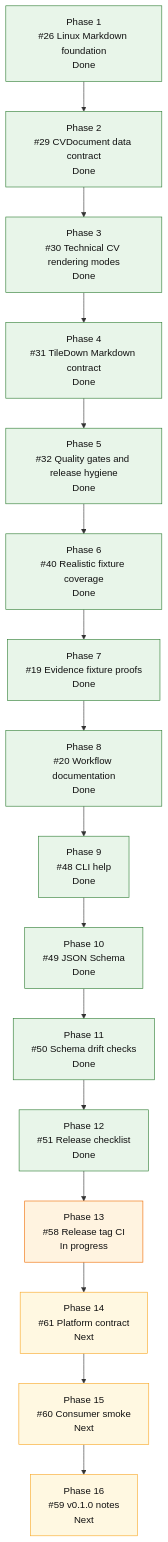
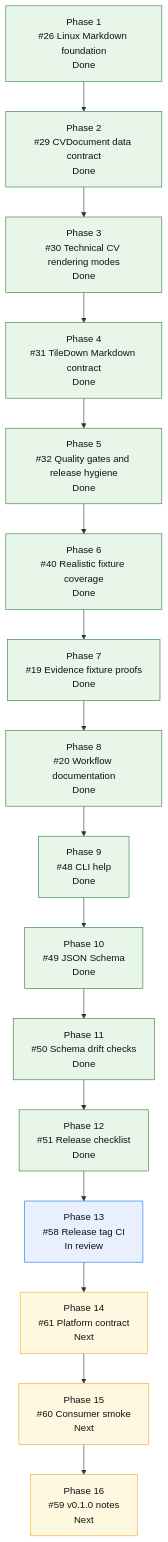
Before and after one commit to mihaelamj/cvbuilder: the diagram in README.md, drawn with Mermaid. The commit also changed 1 other file, not shown here.

Commit message:
docs(roadmap): mark release tag CI in review

````diff
--- a/README.md
+++ b/README.md
@@ -167,32 +167,32 @@
 ```mermaid
 flowchart TD
     P1["Phase 1<br/>#26 Linux Markdown foundation<br/>Done"]
     P2["Phase 2<br/>#29 CVDocument data contract<br/>Done"]
     P3["Phase 3<br/>#30 Technical CV rendering modes<br/>Done"]
     P4["Phase 4<br/>#31 TileDown Markdown contract<br/>Done"]
     P5["Phase 5<br/>#32 Quality gates and release hygiene<br/>Done"]
     P6["Phase 6<br/>#40 Realistic fixture coverage<br/>Done"]
     P7["Phase 7<br/>#19 Evidence fixture proofs<br/>Done"]
     P8["Phase 8<br/>#20 Workflow documentation<br/>Done"]
     P9["Phase 9<br/>#48 CLI help<br/>Done"]
     P10["Phase 10<br/>#49 JSON Schema<br/>Done"]
     P11["Phase 11<br/>#50 Schema drift checks<br/>Done"]
     P12["Phase 12<br/>#51 Release checklist<br/>Done"]
-    P13["Phase 13<br/>#58 Release tag CI<br/>In progress"]
+    P13["Phase 13<br/>#58 Release tag CI<br/>In review"]
     P14["Phase 14<br/>#61 Platform contract<br/>Next"]
     P15["Phase 15<br/>#60 Consumer smoke<br/>Next"]
     P16["Phase 16<br/>#59 v0.1.0 notes<br/>Next"]
 
     P1 --> P2 --> P3 --> P4 --> P5 --> P6 --> P7 --> P8 --> P9 --> P10 --> P11 --> P12 --> P13 --> P14 --> P15 --> P16
 
     classDef done fill:#e8f5e9,stroke:#2e7d32,color:#111;
     classDef active fill:#fff3e0,stroke:#ef6c00,color:#111;
     classDef review fill:#e8f0fe,stroke:#1a73e8,color:#111;
     classDef next fill:#fff8e1,stroke:#f9a825,color:#111;
     classDef partial fill:#e0f7fa,stroke:#00838f,color:#111;
     classDef todo fill:#eef3ff,stroke:#3367d6,color:#111;
     class P1,P2,P3,P4 done;
     class P5,P6,P7,P8,P9,P10,P11,P12 done;
-    class P13 active;
+    class P13 review;
     class P14,P15,P16 next;
 ```
````
